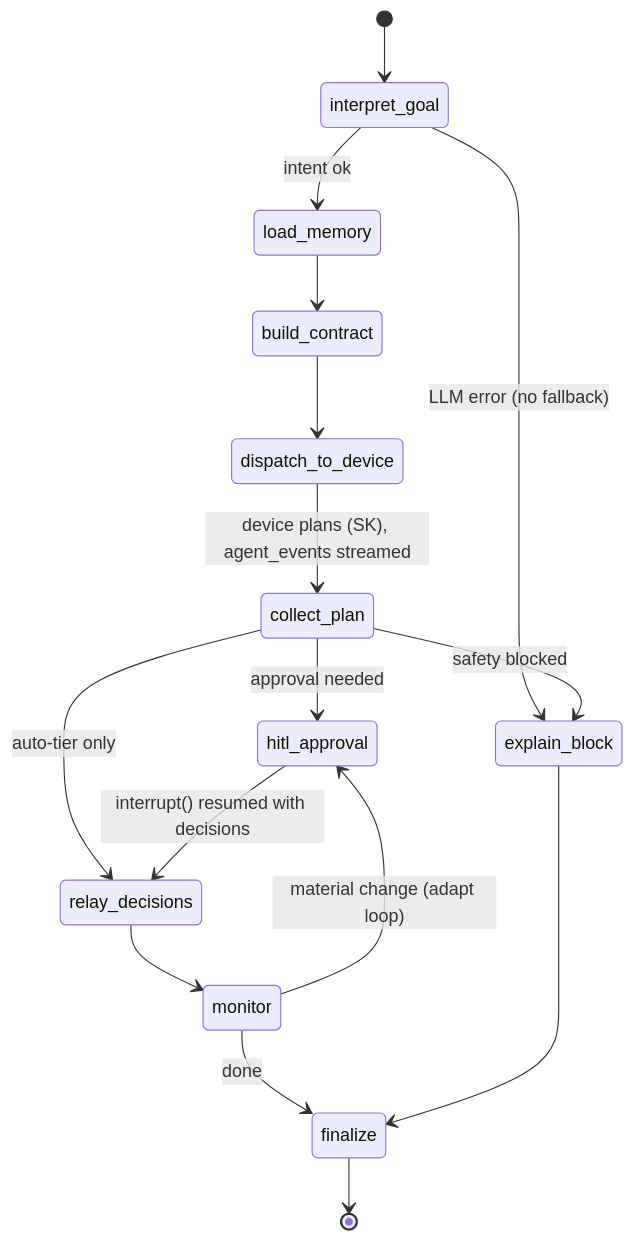
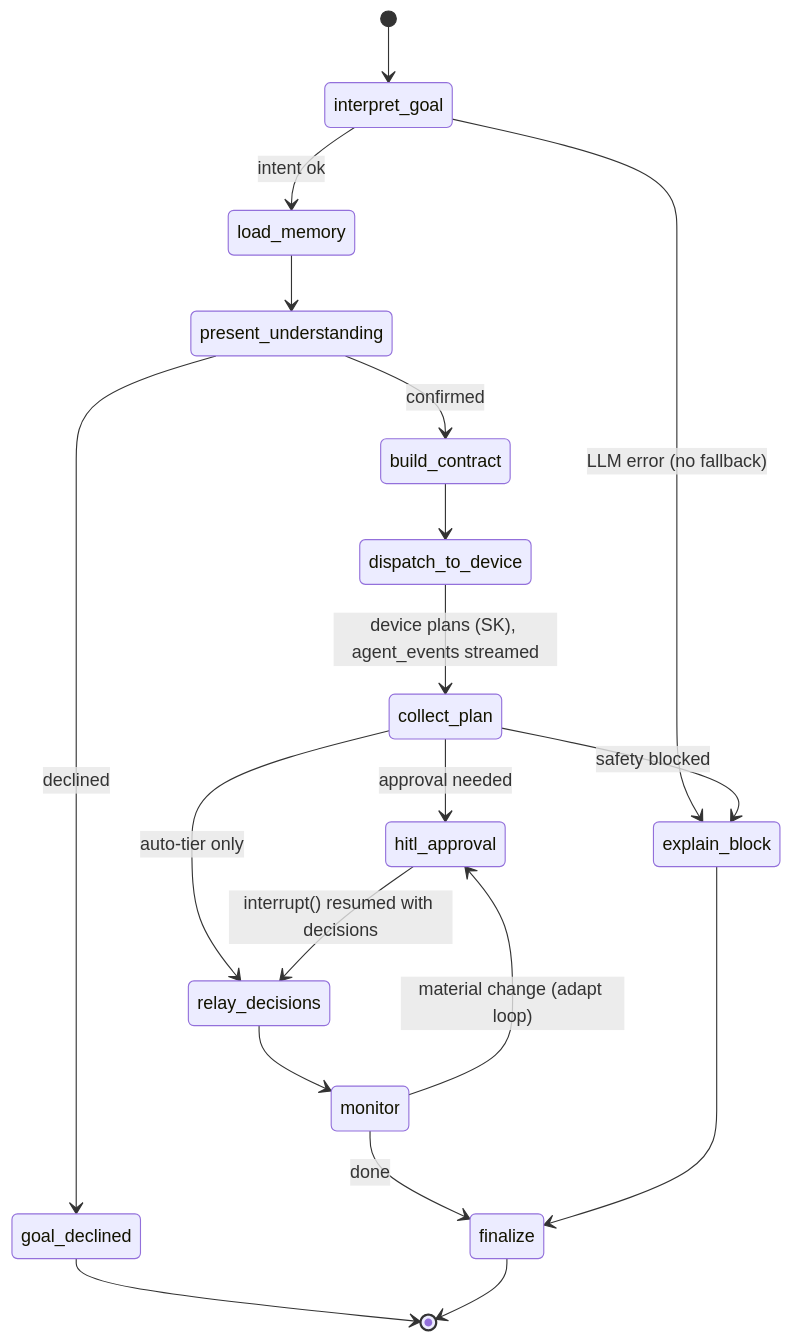
One commit to abhinavmishra-0302/goal-flow-cloud-agent changed the diagram in docs/ARCHITECTURE.md. Above: the diagram before and after it, drawn with Mermaid. The commit also changed other lines of this file and 5 other files, not shown here.

````diff
--- a/docs/ARCHITECTURE.md
+++ b/docs/ARCHITECTURE.md
@@ -92,18 +98,21 @@
 ```mermaid
 stateDiagram-v2
     [*] --> interpret_goal
     interpret_goal --> load_memory : intent ok
     interpret_goal --> explain_block : LLM error (no fallback)
-    load_memory --> build_contract
+    load_memory --> present_understanding
+    present_understanding --> build_contract : confirmed
+    present_understanding --> goal_declined : declined
     build_contract --> dispatch_to_device
     dispatch_to_device --> collect_plan : device plans (SK), agent_events streamed
     collect_plan --> hitl_approval : approval needed
     collect_plan --> explain_block : safety blocked
     collect_plan --> relay_decisions : auto-tier only
     hitl_approval --> relay_decisions : interrupt() resumed with decisions
     relay_decisions --> monitor
     monitor --> hitl_approval : material change (adapt loop)
     monitor --> finalize : done
     explain_block --> finalize
+    goal_declined --> [*]
     finalize --> [*]
 ```
````
